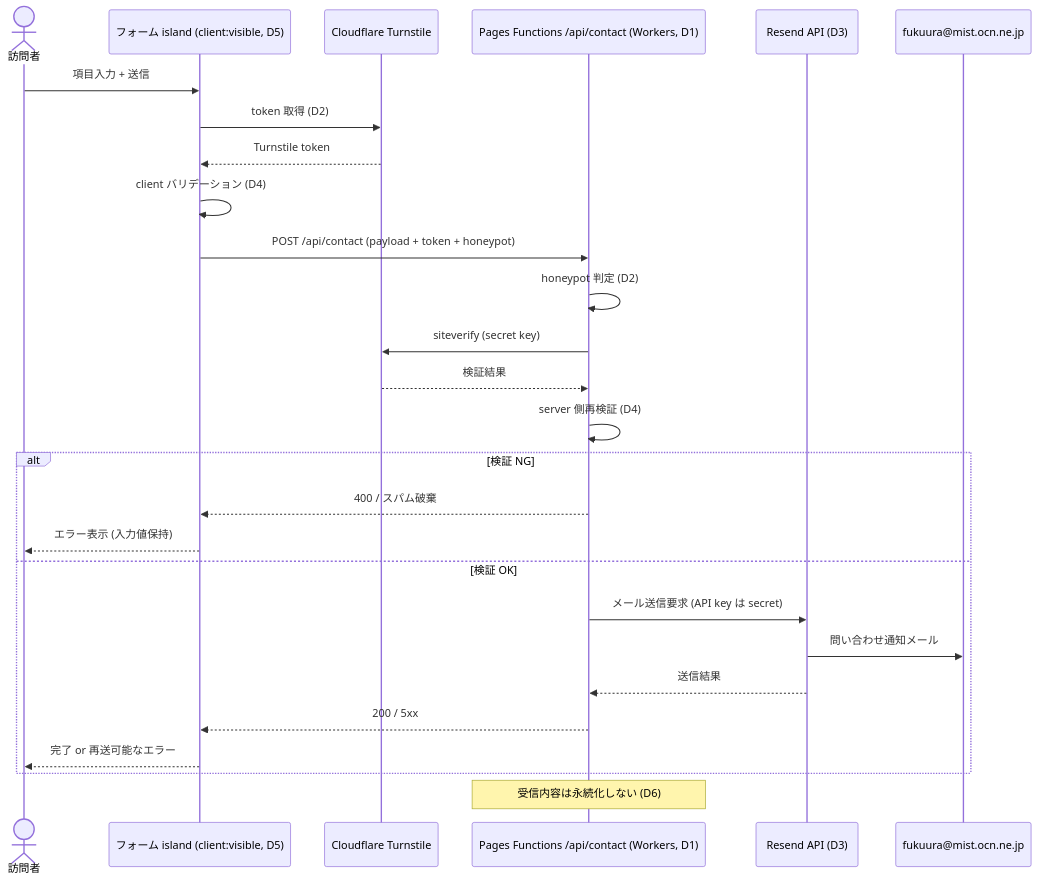
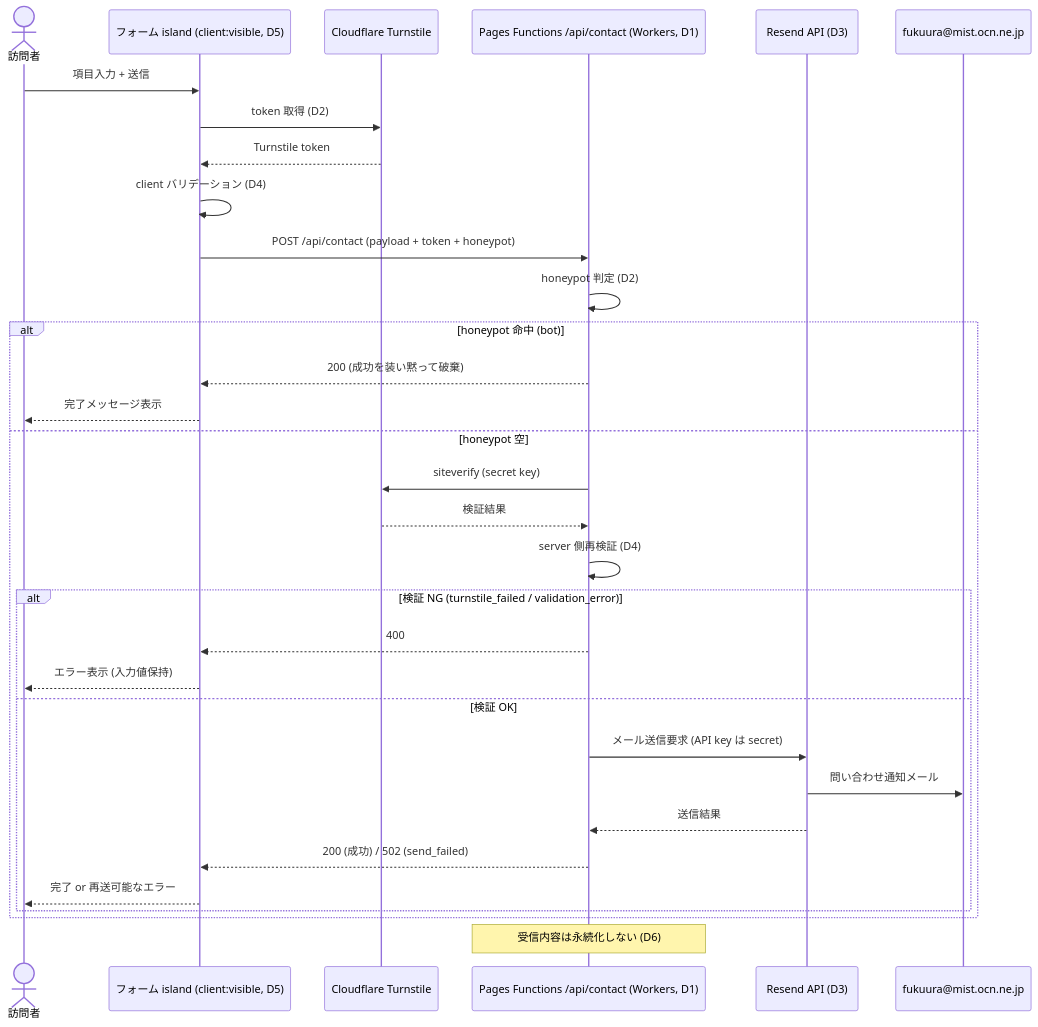
Before and after one commit to Fukuemon/kufu-apps: the second of 2 diagrams in specs/14-contact-form/index.md, drawn with Mermaid. The commit also changed other lines of this file and 1 other file, not shown here.

````diff
--- a/specs/14-contact-form/index.md
+++ b/specs/14-contact-form/index.md
@@ -323,30 +330,35 @@
 ```mermaid
 sequenceDiagram
     actor User as 訪問者
     participant Island as フォーム island (client:visible, D5)
     participant TS as Cloudflare Turnstile
     participant Fn as Pages Functions /api/contact (Workers, D1)
     participant Resend as Resend API (D3)
     participant Mail as fukuura@mist.ocn.ne.jp
 
     User->>Island: 項目入力 + 送信
     Island->>TS: token 取得 (D2)
     TS-->>Island: Turnstile token
     Island->>Island: client バリデーション (D4)
     Island->>Fn: POST /api/contact (payload + token + honeypot)
     Fn->>Fn: honeypot 判定 (D2)
-    Fn->>TS: siteverify (secret key)
-    TS-->>Fn: 検証結果
-    Fn->>Fn: server 側再検証 (D4)
-    alt 検証 NG
-        Fn-->>Island: 400 / スパム破棄
-        Island-->>User: エラー表示 (入力値保持)
-    else 検証 OK
-        Fn->>Resend: メール送信要求 (API key は secret)
-        Resend->>Mail: 問い合わせ通知メール
-        Resend-->>Fn: 送信結果
-        Fn-->>Island: 200 / 5xx
-        Island-->>User: 完了 or 再送可能なエラー
+    alt honeypot 命中 (bot)
+        Fn-->>Island: 200 (成功を装い黙って破棄)
+        Island-->>User: 完了メッセージ表示
+    else honeypot 空
+        Fn->>TS: siteverify (secret key)
+        TS-->>Fn: 検証結果
+        Fn->>Fn: server 側再検証 (D4)
+        alt 検証 NG (turnstile_failed / validation_error)
+            Fn-->>Island: 400
+            Island-->>User: エラー表示 (入力値保持)
+        else 検証 OK
+            Fn->>Resend: メール送信要求 (API key は secret)
+            Resend->>Mail: 問い合わせ通知メール
+            Resend-->>Fn: 送信結果
+            Fn-->>Island: 200 (成功) / 502 (send_failed)
+            Island-->>User: 完了 or 再送可能なエラー
+        end
     end
     Note over Fn: 受信内容は永続化しない (D6)
 ```
````
